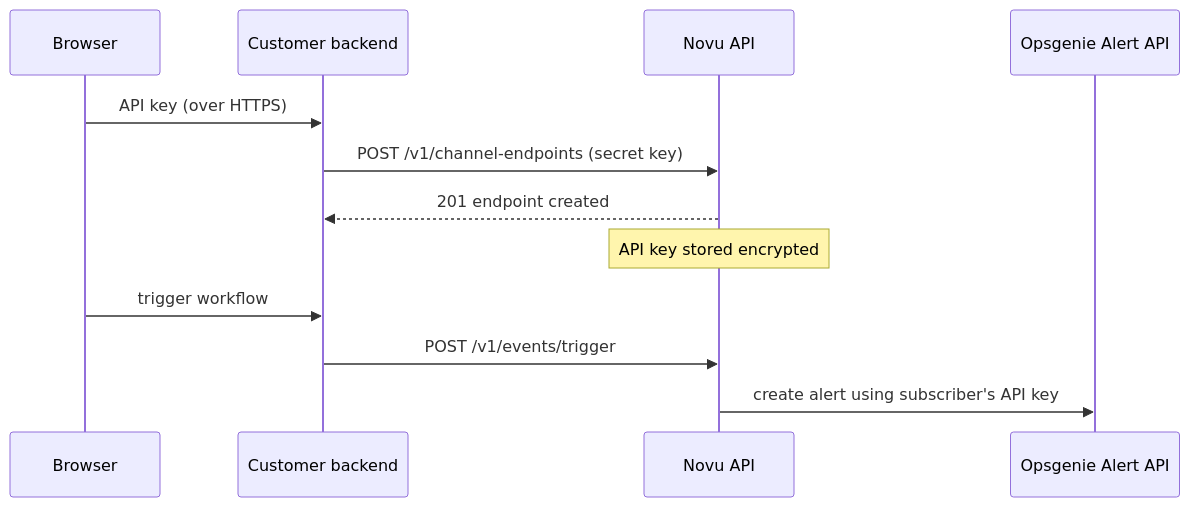
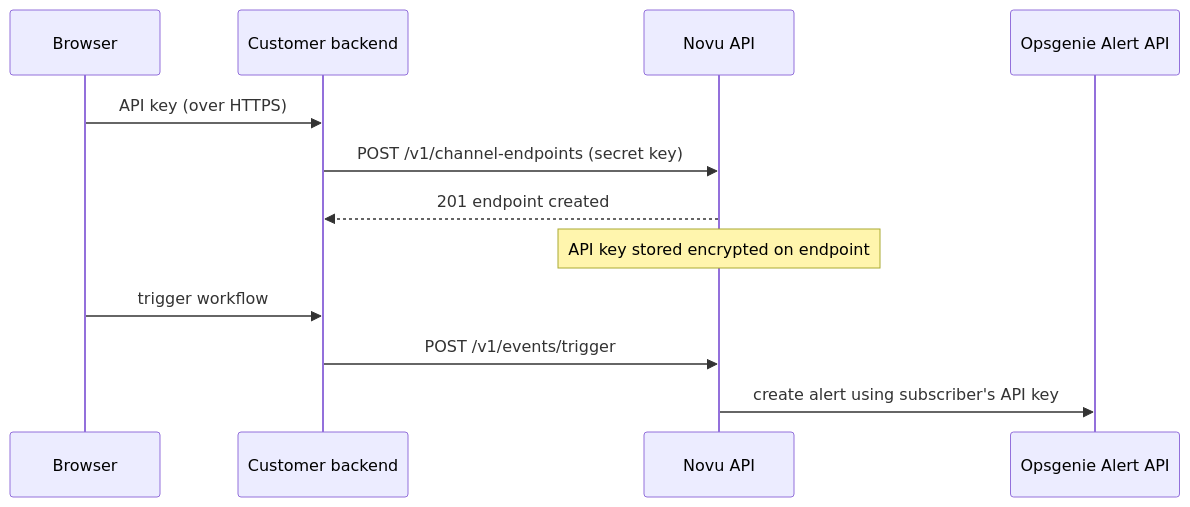
One commit to novuhq/novu changed the diagram in docs/platform/integrations/tool/opsgenie.mdx. Above: the diagram before and after it, drawn with Mermaid. The commit also changed other lines of this file and 7 other files, not shown here.

Commit message:
docs(tool): describe endpoint-stored encrypted tool routing data

````diff
--- a/docs/platform/integrations/tool/opsgenie.mdx
+++ b/docs/platform/integrations/tool/opsgenie.mdx
@@ -68,14 +68,14 @@
 ```mermaid
 sequenceDiagram
   participant Browser
   participant CustomerBackend as Customer backend
   participant NovuAPI as Novu API
   participant OpsgenieAPI as Opsgenie Alert API
   Browser->>CustomerBackend: API key (over HTTPS)
   CustomerBackend->>NovuAPI: POST /v1/channel-endpoints (secret key)
   NovuAPI-->>CustomerBackend: 201 endpoint created
-  Note over NovuAPI: API key stored encrypted
+  Note over NovuAPI: API key stored encrypted on endpoint
   Browser->>CustomerBackend: trigger workflow
   CustomerBackend->>NovuAPI: POST /v1/events/trigger
   NovuAPI->>OpsgenieAPI: create alert using subscriber's API key
 ```
````
